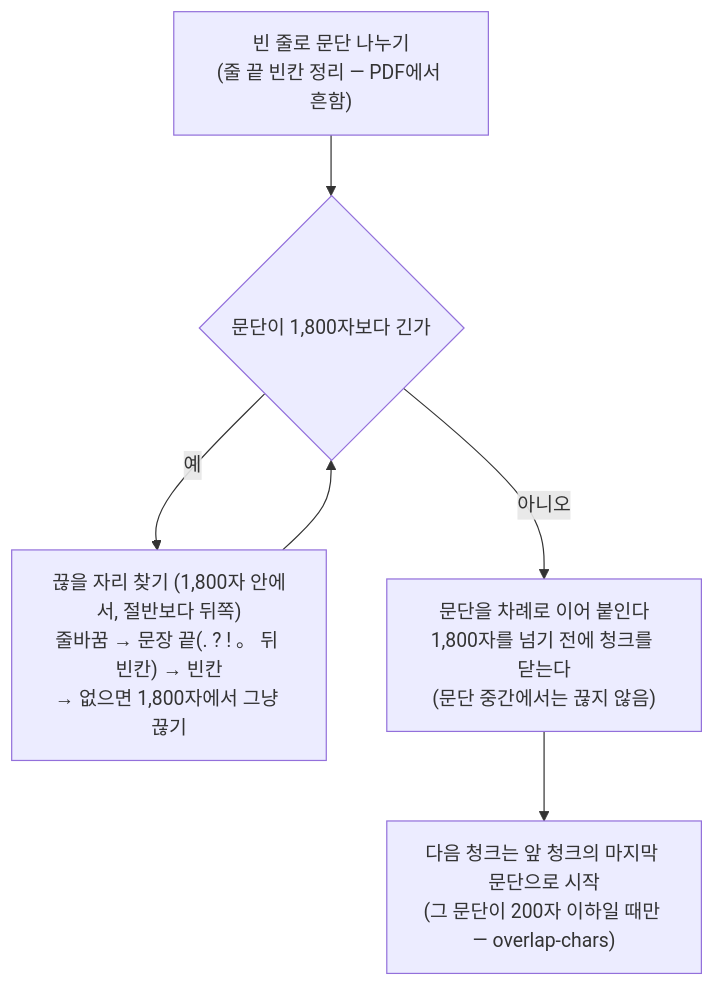
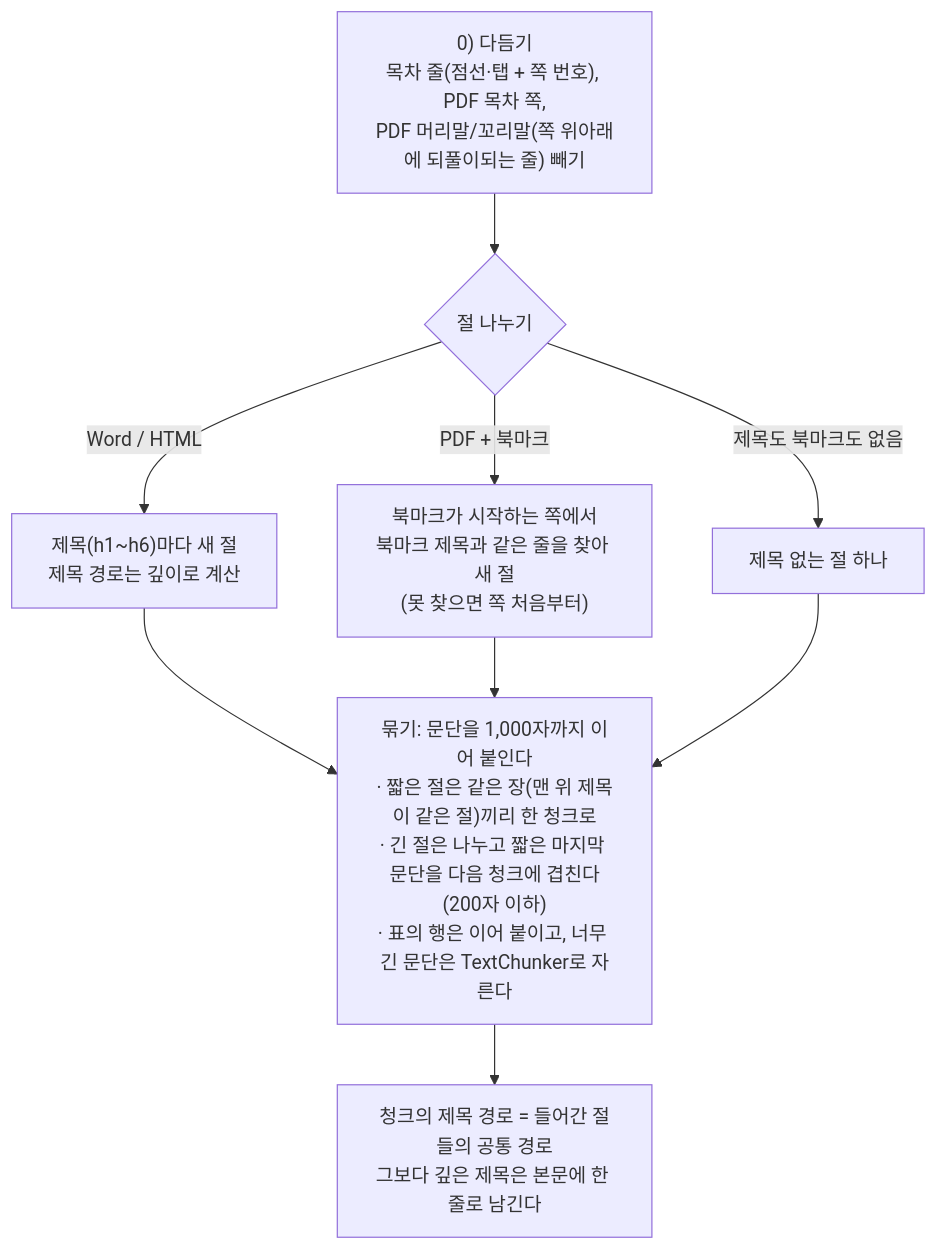
The third of 7 diagrams in docs/11.dstone-knowledge-rag.md (YongSoekChoeng/dstone), drawn with Mermaid before and after one commit. The commit also changed other lines of this file and 72 other files, not shown here.

````diff
--- a/docs/11.dstone-knowledge-rag.md
+++ b/docs/11.dstone-knowledge-rag.md
@@ -229,8 +237,12 @@
 ```mermaid
 flowchart TB
-    A["빈 줄로 문단 나누기<br/>(줄 끝 빈칸 정리 — PDF에서 흔함)"] --> B{"문단이 1,800자보다 긴가"}
-    B -->|예| C["끊을 자리 찾기 (1,800자 안에서, 절반보다 뒤쪽)<br/>줄바꿈 → 문장 끝(. ? ! 。 뒤 빈칸) → 빈칸<br/>→ 없으면 1,800자에서 그냥 끊기"]
-    C --> B
-    B -->|아니오| D["문단을 차례로 이어 붙인다<br/>1,800자를 넘기 전에 청크를 닫는다<br/>(문단 중간에서는 끊지 않음)"]
-    D --> E["다음 청크는 앞 청크의 마지막 문단으로 시작<br/>(그 문단이 200자 이하일 때만 — overlap-chars)"]
+    Z["0) 다듬기<br/>목차 줄(점선·탭 + 쪽 번호), PDF 목차 쪽,<br/>PDF 머리말/꼬리말(쪽 위아래에 되풀이되는 줄) 빼기"] --> A
+    A{"절 나누기"} -->|"Word / HTML"| A1["제목(h1~h6)마다 새 절<br/>제목 경로는 깊이로 계산"]
+    A -->|"PDF + 북마크"| A2["북마크가 시작하는 쪽에서<br/>북마크 제목과 같은 줄을 찾아 새 절<br/>(못 찾으면 쪽 처음부터)"]
+    A -->|"제목도 북마크도 없음"| A3["제목 없는 절 하나"]
+    A1 --> B
+    A2 --> B
+    A3 --> B
+    B["묶기: 문단을 1,000자까지 이어 붙인다<br/>· 짧은 절은 같은 장(맨 위 제목이 같은 절)끼리 한 청크로<br/>· 긴 절은 나누고 짧은 마지막 문단을 다음 청크에 겹친다(200자 이하)<br/>· 표의 행은 이어 붙이고, 너무 긴 문단은 TextChunker로 자른다"]
+    B --> C["청크의 제목 경로 = 들어간 절들의 공통 경로<br/>그보다 깊은 제목은 본문에 한 줄로 남긴다"]
 ```
````
